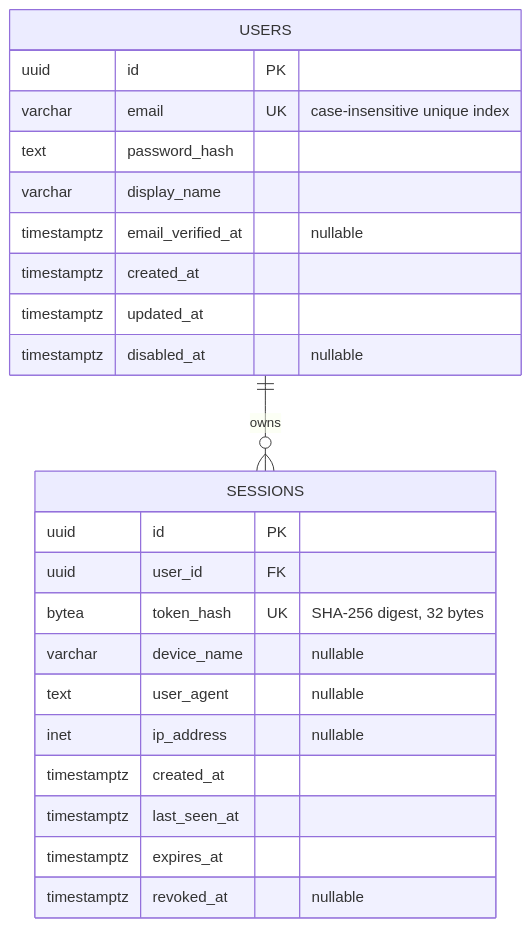
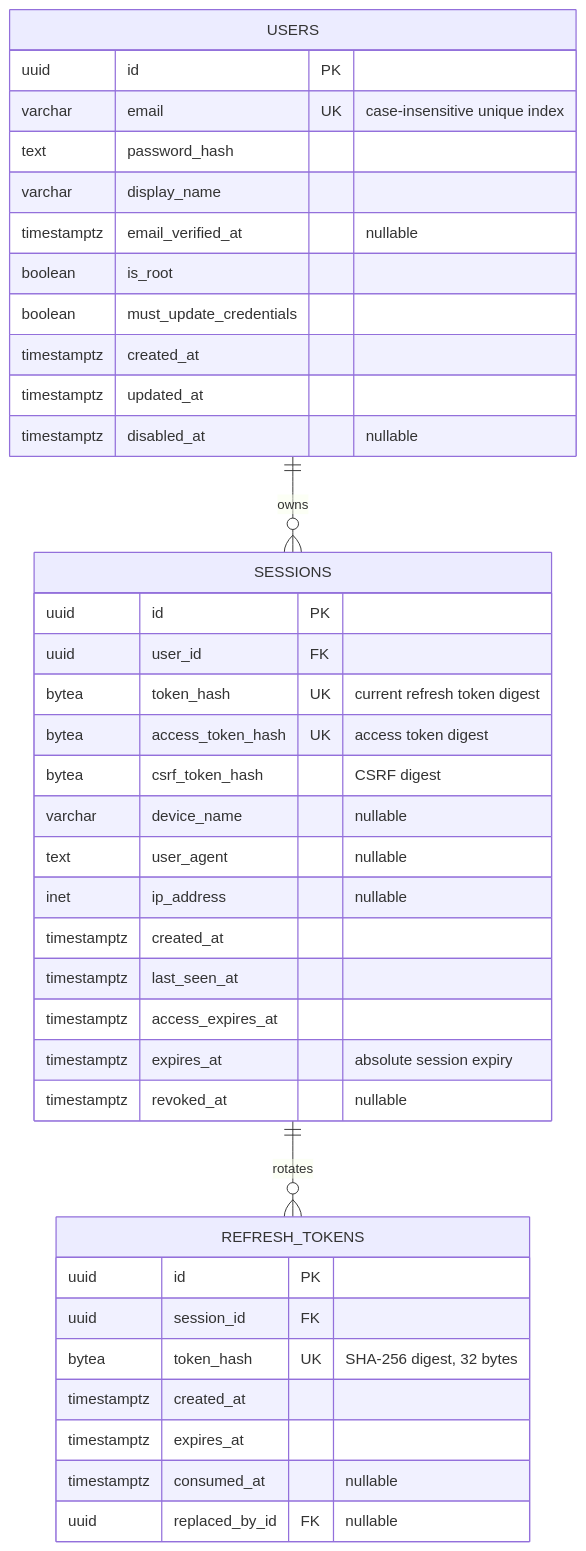
One commit to JoelGarcia99/treefime changed the diagram in docs/DATABASE.md. Above: the diagram before and after it, drawn with Mermaid. The commit also changed other lines of this file and 31 other files, not shown here.

````diff
--- a/docs/DATABASE.md
+++ b/docs/DATABASE.md
@@ -7,28 +7,44 @@
 ```mermaid
 erDiagram
     USERS ||--o{ SESSIONS : owns
+    SESSIONS ||--o{ REFRESH_TOKENS : rotates
 
     USERS {
         uuid id PK
         varchar email UK "case-insensitive unique index"
         text password_hash
         varchar display_name
         timestamptz email_verified_at "nullable"
+        boolean is_root
+        boolean must_update_credentials
         timestamptz created_at
         timestamptz updated_at
         timestamptz disabled_at "nullable"
     }
 
     SESSIONS {
         uuid id PK
         uuid user_id FK
-        bytea token_hash UK "SHA-256 digest, 32 bytes"
+        bytea token_hash UK "current refresh token digest"
+        bytea access_token_hash UK "access token digest"
+        bytea csrf_token_hash "CSRF digest"
         varchar device_name "nullable"
         text user_agent "nullable"
         inet ip_address "nullable"
         timestamptz created_at
         timestamptz last_seen_at
-        timestamptz expires_at
+        timestamptz access_expires_at
+        timestamptz expires_at "absolute session expiry"
         timestamptz revoked_at "nullable"
     }
+
+    REFRESH_TOKENS {
+        uuid id PK
+        uuid session_id FK
+        bytea token_hash UK "SHA-256 digest, 32 bytes"
+        timestamptz created_at
+        timestamptz expires_at
+        timestamptz consumed_at "nullable"
+        uuid replaced_by_id FK "nullable"
+    }
 ```
````
